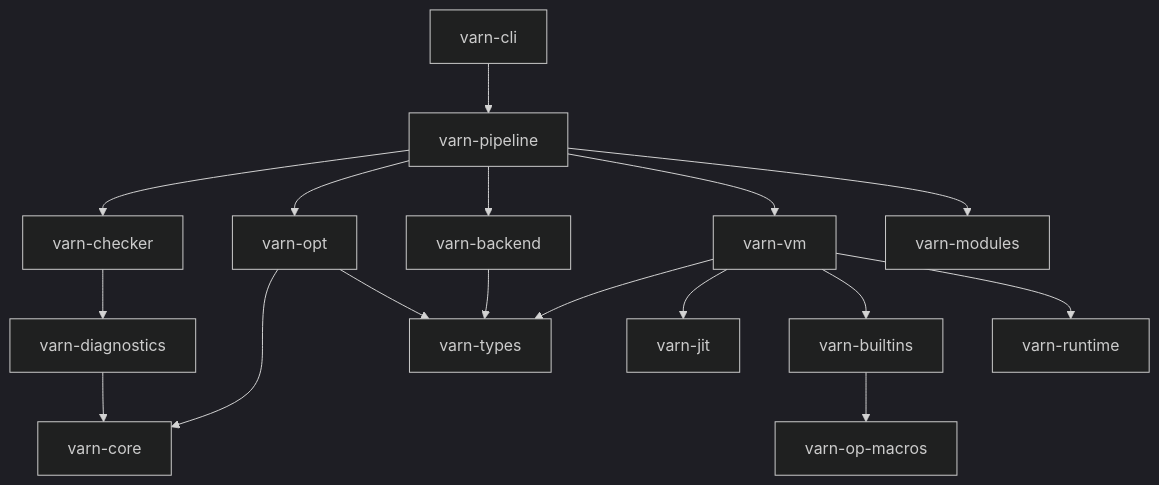
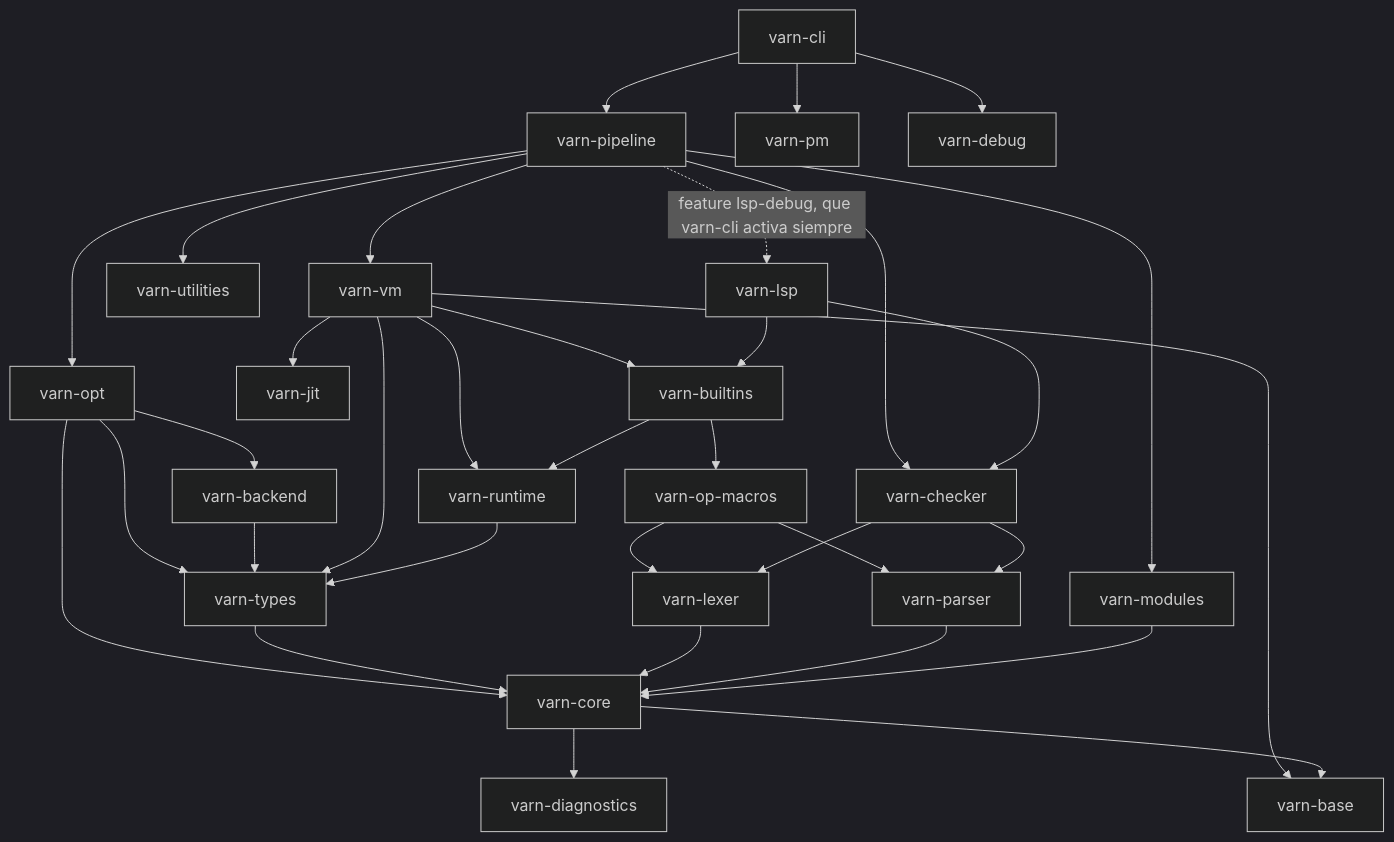
The diagram in docs/CRATES_STATE.md (carlos-burelo/varn), drawn with Mermaid (dark theme) before and after one commit. The commit also changed other lines of this file and 4 other files, not shown here.

````diff
--- a/docs/CRATES_STATE.md
+++ b/docs/CRATES_STATE.md
@@ -18,21 +22,42 @@
 ```mermaid
 graph TD
     CLI["varn-cli"] --> Pipeline["varn-pipeline"]
+    CLI --> PM["varn-pm"]
+    CLI --> Debug["varn-debug"]
+
     Pipeline --> Checker["varn-checker"]
     Pipeline --> Opt["varn-opt"]
-    Pipeline --> Backend["varn-backend"]
     Pipeline --> VM["varn-vm"]
     Pipeline --> Modules["varn-modules"]
-    
+    Pipeline --> Term["varn-utilities"]
+    Pipeline -.->|"feature lsp-debug, que varn-cli activa siempre"| LSP["varn-lsp"]
+
+    Opt --> Backend["varn-backend"]
     Opt --> Core["varn-core"]
     Opt --> Types["varn-types"]
     Backend --> Types
+
     VM --> Types
     VM --> JIT["varn-jit"]
     VM --> Builtins["varn-builtins"]
     VM --> Runtime["varn-runtime"]
-    
+    VM --> Base["varn-base"]
+
     Builtins --> OpMacros["varn-op-macros"]
-    Checker --> Diagnostics["varn-diagnostics"]
-    Diagnostics --> Core
+    Builtins --> Runtime
+    OpMacros --> Parser["varn-parser"]
+    OpMacros --> Lexer["varn-lexer"]
+
+    Checker --> Lexer
+    Checker --> Parser
+    LSP --> Checker
+    LSP --> Builtins
+
+    Core --> Diagnostics["varn-diagnostics"]
+    Core --> Base
+    Types --> Core
+    Runtime --> Types
+    Lexer --> Core
+    Parser --> Core
+    Modules --> Core
 ```
````
